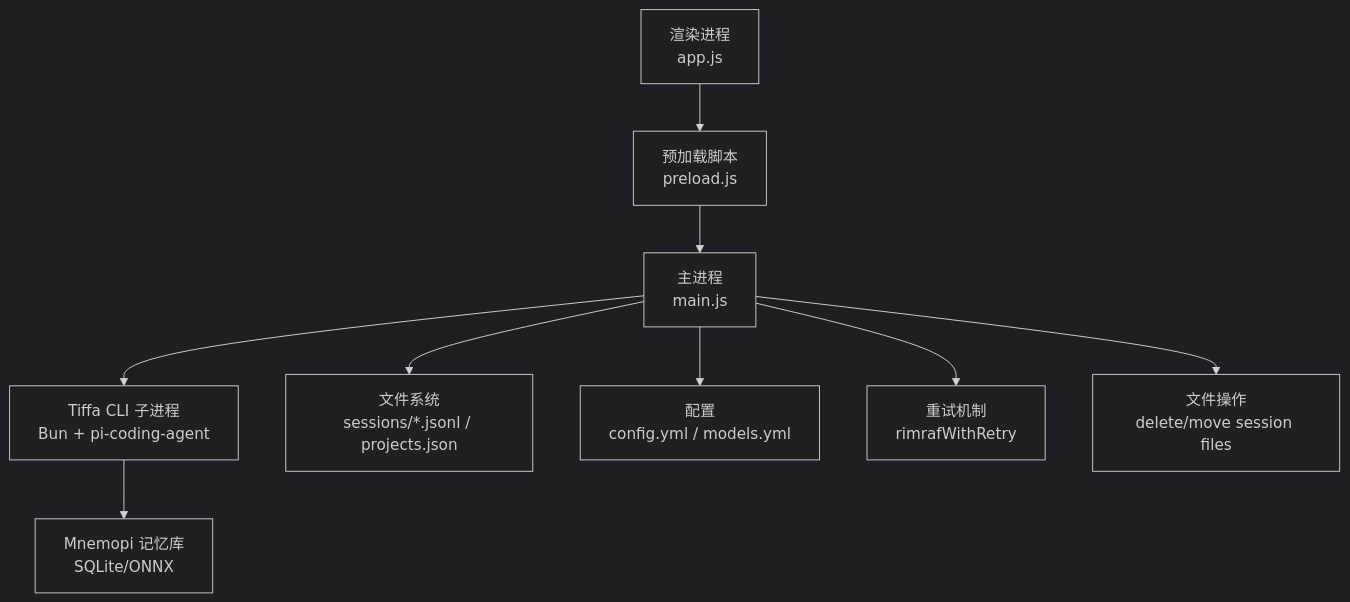
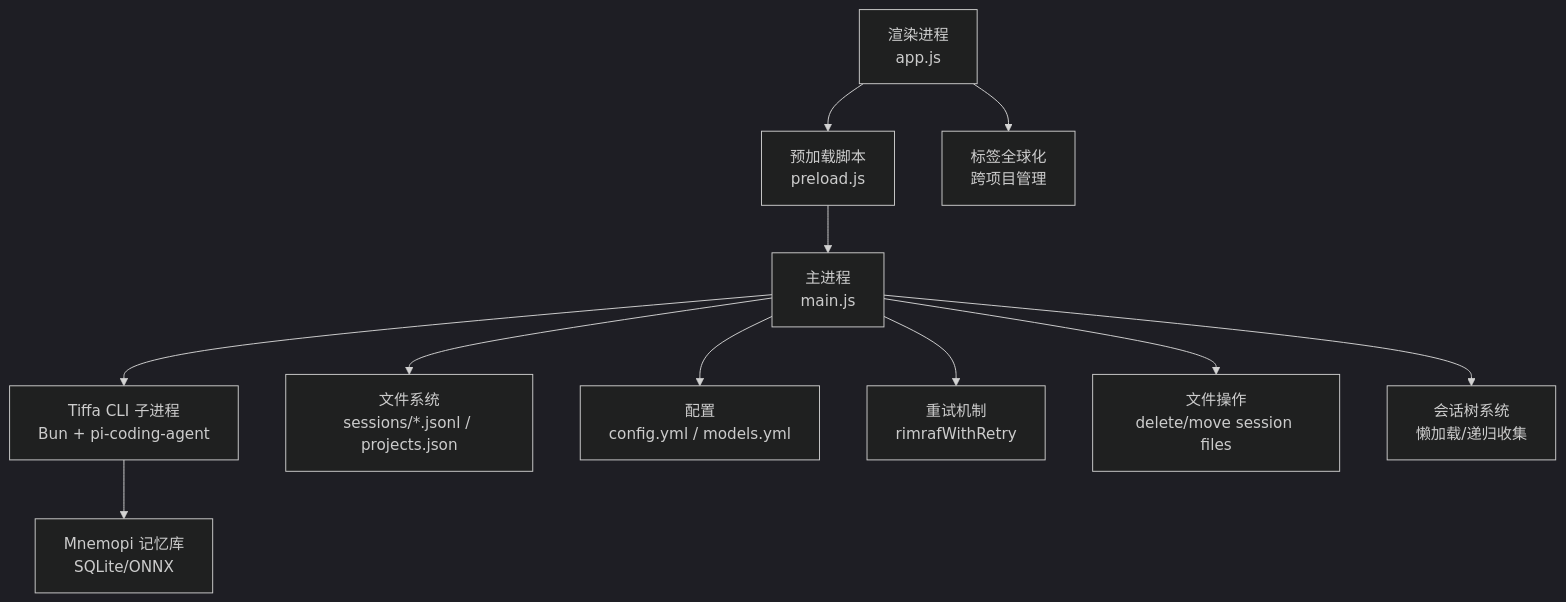
The first of 11 diagrams in .qoder/repowiki/zh/content/核心架构/会话管理与上下文恢复.md (swond-Mao/Tiffa), drawn with Mermaid (dark theme) before and after one commit. The commit also changed other lines of this file and 17 other files, not shown here.

````diff
--- a/.qoder/repowiki/zh/content/核心架构/会话管理与上下文恢复.md
+++ b/.qoder/repowiki/zh/content/核心架构/会话管理与上下文恢复.md
@@ -53,11 +62,13 @@
 ```mermaid
 graph TB
 UI["渲染进程<br/>app.js"] --> Preload["预加载脚本<br/>preload.js"]
 Preload --> Main["主进程<br/>main.js"]
 Main --> CLI["Tiffa CLI 子进程<br/>Bun + pi-coding-agent"]
 Main --> FS["文件系统<br/>sessions/*.jsonl / projects.json"]
 Main --> Config["配置<br/>config.yml / models.yml"]
 CLI --> Memory["Mnemopi 记忆库<br/>SQLite/ONNX"]
 Main --> RetryMech["重试机制<br/>rimrafWithRetry"]
 Main --> FileOps["文件操作<br/>delete/move session files"]
+Main --> SessionTree["会话树系统<br/>懒加载/递归收集"]
+UI --> TabGlobal["标签全球化<br/>跨项目管理"]
 ```
````
